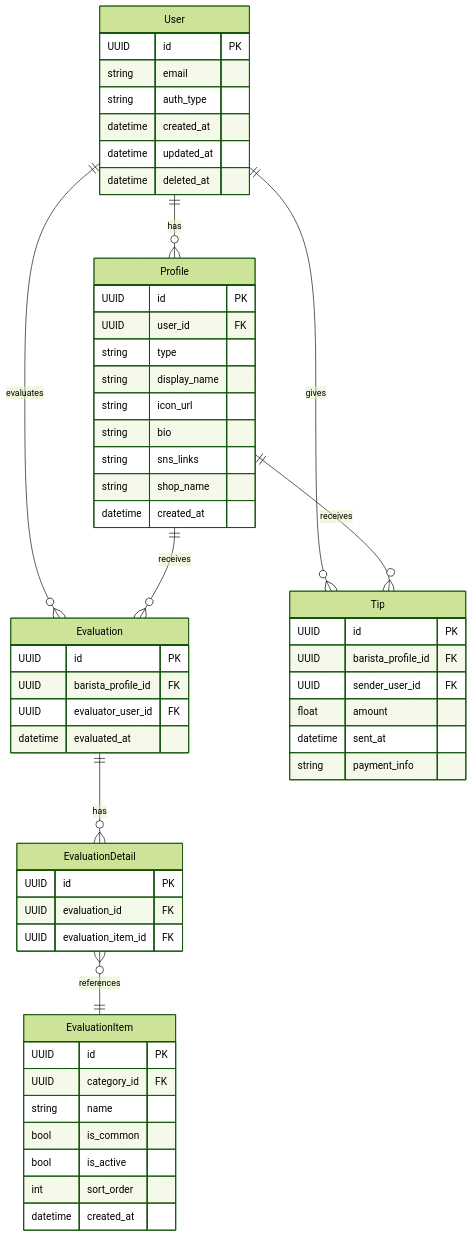
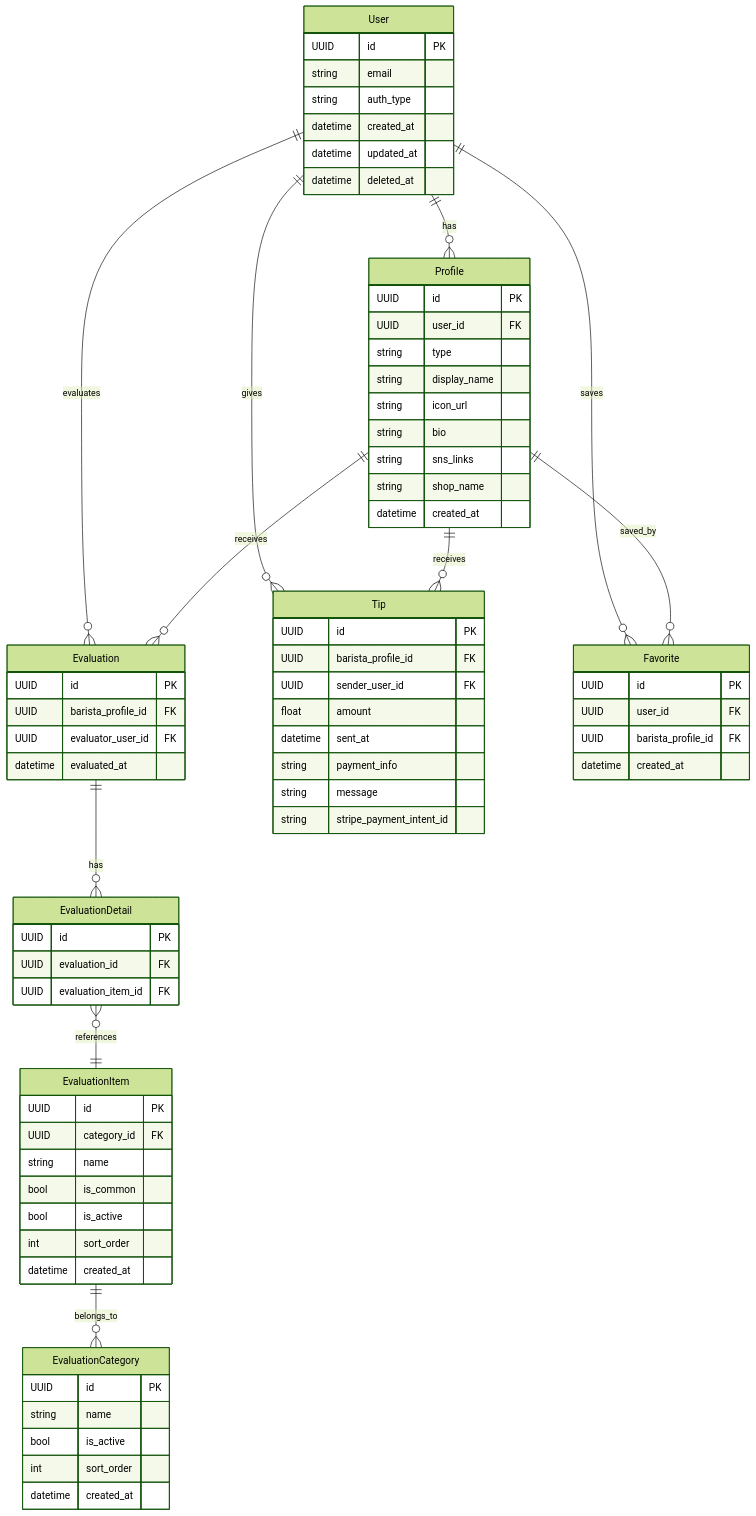
Before and after one commit to aiirononeko/bra-b: the diagram in README.md, drawn with Mermaid (forest theme). The commit also changed other lines of this file, not shown here.

````diff
--- a/README.md
+++ b/README.md
@@ -33,12 +33,15 @@
 User ||--o{ Profile : has
 User ||--o{ Evaluation : evaluates
 User ||--o{ Tip : gives
+User ||--o{ Favorite : saves
 
 Profile ||--o{ Evaluation : receives
 Profile ||--o{ Tip : receives
+Profile ||--o{ Favorite : saved_by
 
 Evaluation ||--o{ EvaluationDetail : has
 EvaluationDetail }o--|| EvaluationItem : references
+EvaluationItem ||--o{ EvaluationCategory : belongs_to
 
 User {
   UUID id PK
@@ -84,6 +87,14 @@
   datetime created_at
 }
 
+EvaluationCategory {
+  UUID id PK
+  string name
+  bool is_active
+  int sort_order
+  datetime created_at
+}
+
 Tip {
   UUID id PK
   UUID barista_profile_id FK
@@ -91,5 +102,14 @@
   float amount
   datetime sent_at
   string payment_info
+  string message
+  string stripe_payment_intent_id
+}
+
+Favorite {
+  UUID id PK
+  UUID user_id FK
+  UUID barista_profile_id FK
+  datetime created_at
 }
 ```
````
